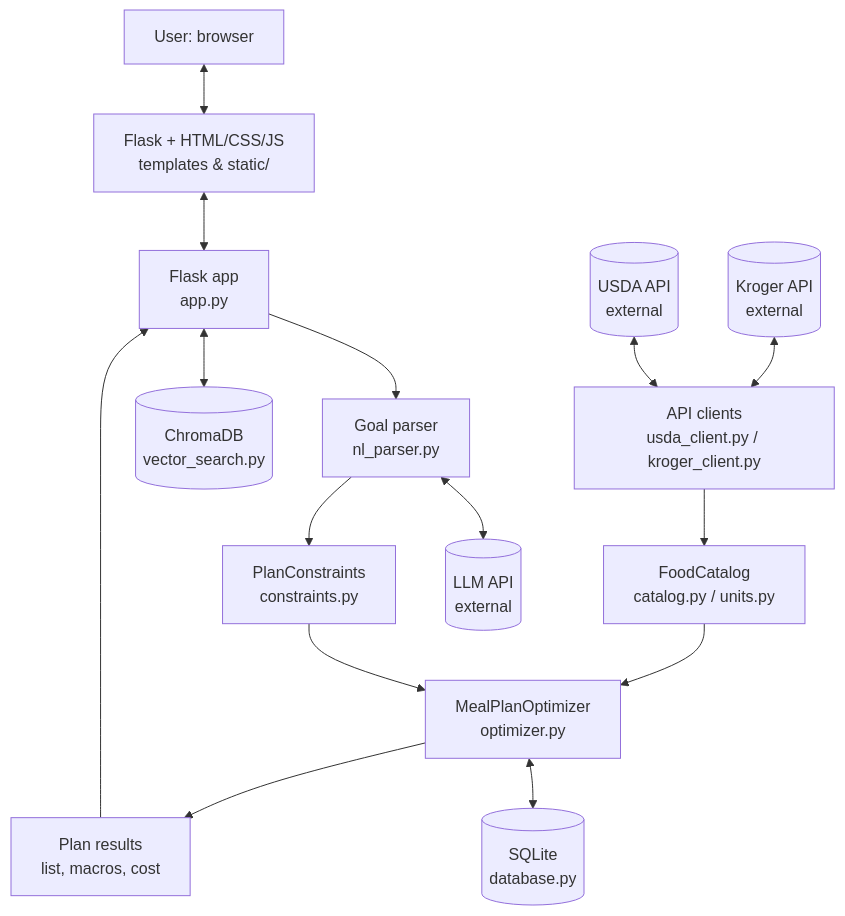
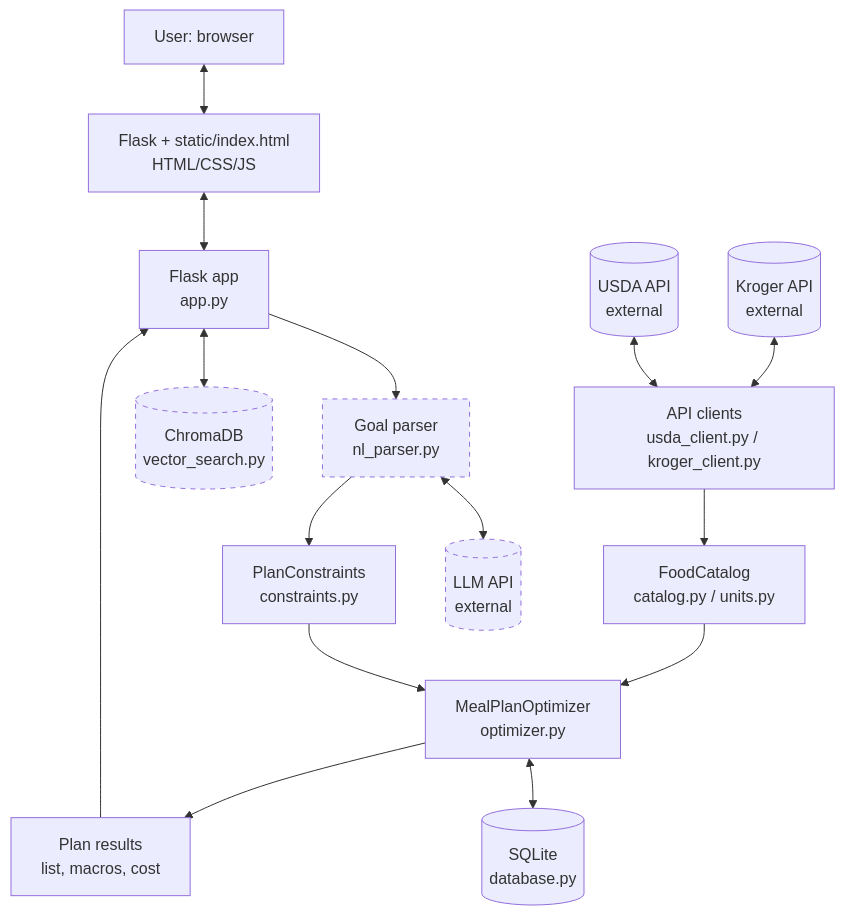
Before and after one commit to domi04/BudgetPlate: the diagram in README.md, drawn with Mermaid. The commit also changed other lines of this file, not shown here.

````diff
--- a/README.md
+++ b/README.md
@@ -63,17 +69,19 @@
 ```mermaid
 flowchart TD
-    U[User: browser] <--> UI[Flask + HTML/CSS/JS<br/>templates & static/]
+    U[User: browser] <--> UI[Flask + static/index.html<br/>HTML/CSS/JS]
     UI <--> APP[Flask app<br/>app.py]
     APP --> P[Goal parser<br/>nl_parser.py]
     P <--> LLM[(LLM API<br/>external)]
     P --> C[PlanConstraints<br/>constraints.py]
     UDA[(USDA API<br/>external)] <--> UC[API clients<br/>usda_client.py / kroger_client.py]
     KAPI[(Kroger API<br/>external)] <--> UC
     UC --> FC[FoodCatalog<br/>catalog.py / units.py]
     FC --> O[MealPlanOptimizer<br/>optimizer.py]
     C --> O
     O <--> DB[(SQLite<br/>database.py)]
     O --> R[Plan results<br/>list, macros, cost]
     R --> APP
     APP <--> V[(ChromaDB<br/>vector_search.py)]
+    classDef stretch stroke-dasharray: 5 5
+    class P,LLM,V stretch
 ```
````
